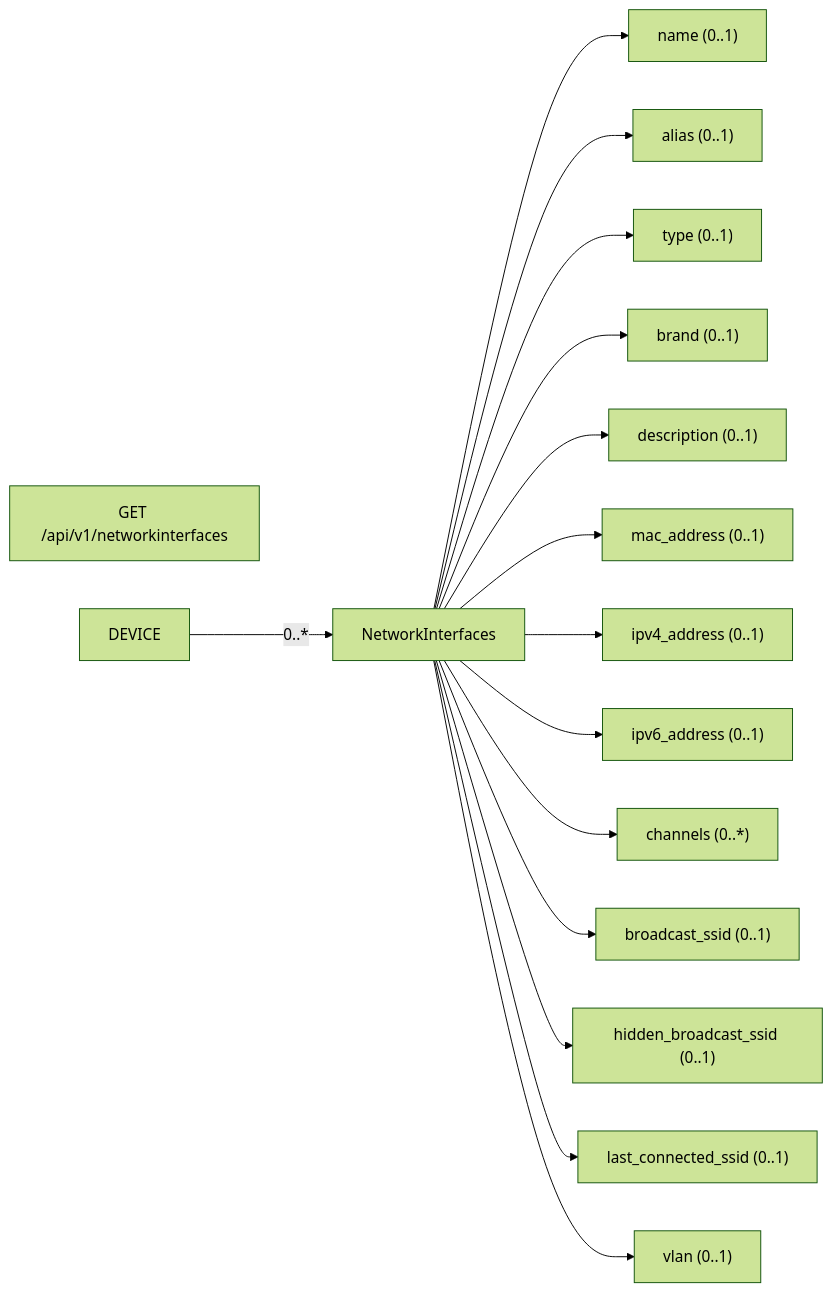
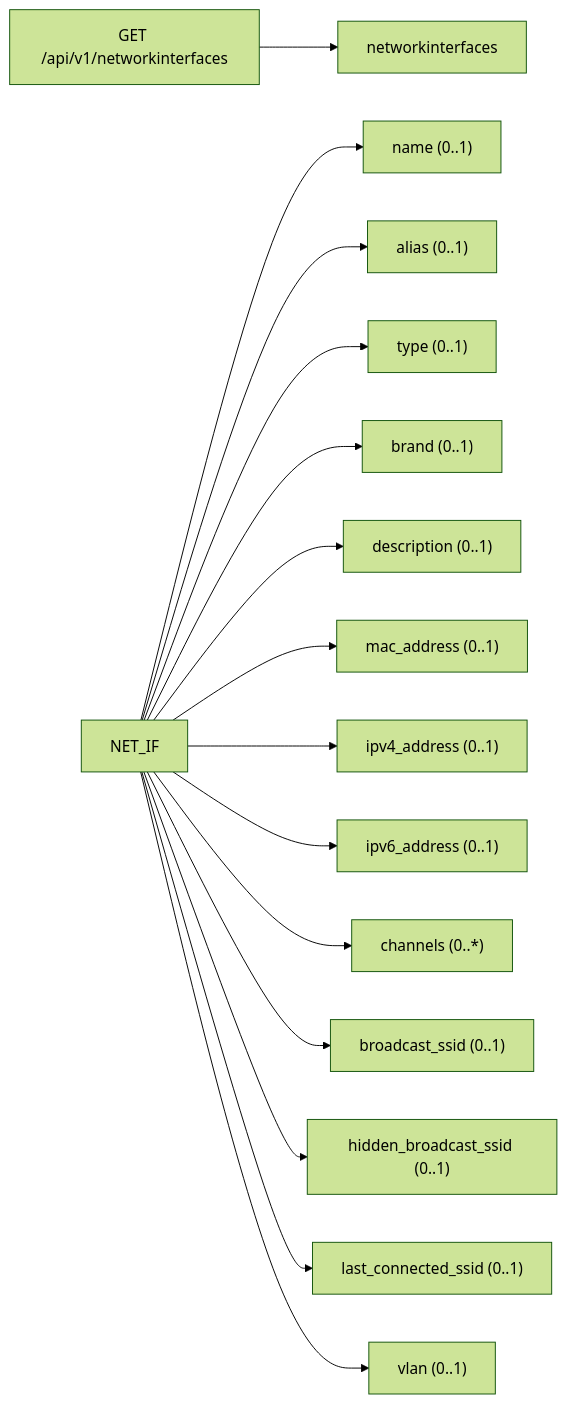
The diagram in Armis/ArmisSDK_NetworkInterface.mmd (markteicher/Armis-Centrix-for-Splunk), drawn with Mermaid (forest theme) before and after one commit.

```diff
--- a/Armis/ArmisSDK_NetworkInterface.mmd
+++ b/Armis/ArmisSDK_NetworkInterface.mmd
@@ -1,26 +1,26 @@
 flowchart LR
 
  API["GET /api/v1/networkinterfaces"]
 
-    DEVICE -->|0..*| NET_IF["NetworkInterfaces"]
+ API --> NET_IF_LIST[networkinterfaces]
 
     %% Identity
     NET_IF --> IF_NAME["name (0..1)"]
     NET_IF --> IF_ALIAS["alias (0..1)"]
     NET_IF --> IF_TYPE["type (0..1)"]
     NET_IF --> IF_BRAND["brand (0..1)"]
     NET_IF --> IF_DESCRIPTION["description (0..1)"]
 
     %% Addressing — last-seen only
     NET_IF --> IF_MAC["mac_address (0..1)"]
     NET_IF --> IF_IPV4["ipv4_address (0..1)"]
     NET_IF --> IF_IPV6["ipv6_address (0..1)"]
 
     %% Wireless
     NET_IF --> IF_CHANNELS["channels (0..*)"]
     NET_IF --> IF_BROADCAST_SSID["broadcast_ssid (0..1)"]
     NET_IF --> IF_HIDDEN["hidden_broadcast_ssid (0..1)"]
     NET_IF --> IF_LAST_SSID["last_connected_ssid (0..1)"]
 
     %% VLAN
     NET_IF --> IF_VLAN["vlan (0..1)"]
```
